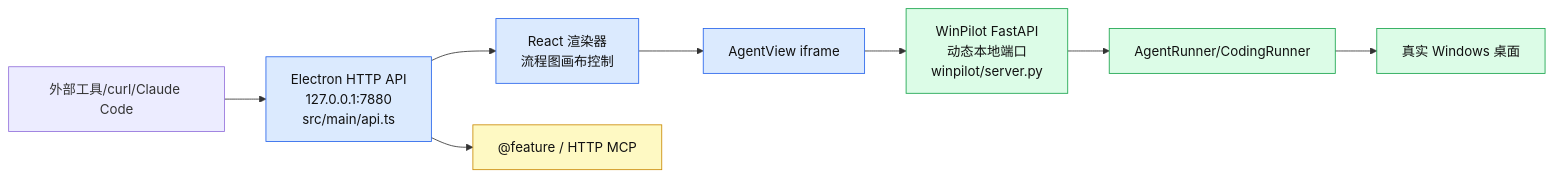
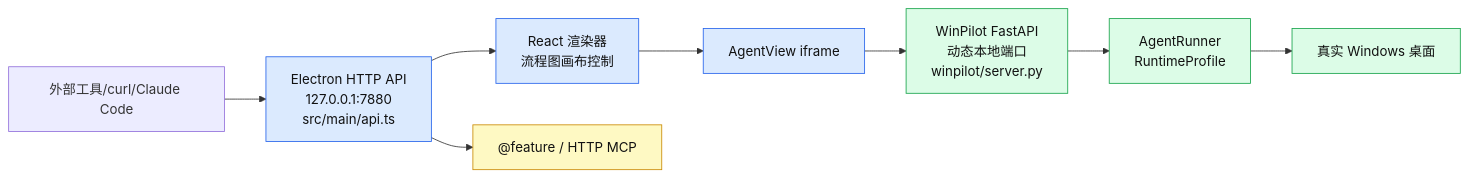
The sixth of 24 diagrams in docs/项目导览-面试版.md (zoujiapeng/lingdong-script), drawn with Mermaid before and after one commit. The commit also changed other lines of this file and 22 other files, not shown here.

Commit message:
Unify coding runtime under AgentRunner

````diff
--- a/docs/项目导览-面试版.md
+++ b/docs/项目导览-面试版.md
@@ -209,18 +214,18 @@
 ```mermaid
 flowchart LR
     external["外部工具/curl/Claude Code"] --> eapi["Electron HTTP API<br/>127.0.0.1:7880<br/>src/main/api.ts"]
     eapi --> react["React 渲染器<br/>流程图画布控制"]
     eapi --> feature["@feature / HTTP MCP"]
 
     react --> iframe["AgentView iframe"]
     iframe --> wprest["WinPilot FastAPI<br/>动态本地端口<br/>winpilot/server.py"]
-    wprest --> agent["AgentRunner/CodingRunner"]
+    wprest --> agent["AgentRunner<br/>RuntimeProfile"]
     agent --> desktop["真实 Windows 桌面"]
 
     classDef electron fill:#dbeafe,stroke:#2563eb,color:#111;
     classDef winpilot fill:#dcfce7,stroke:#16a34a,color:#111;
     classDef flow fill:#fef9c3,stroke:#ca8a04,color:#111;
     class eapi,react,iframe electron;
     class wprest,agent,desktop winpilot;
     class feature flow;
 ```
````
